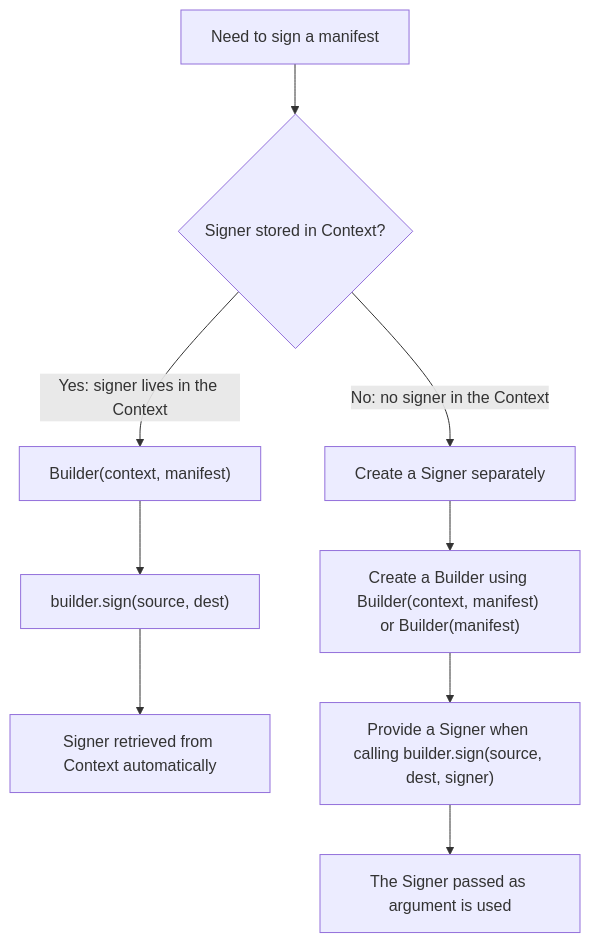
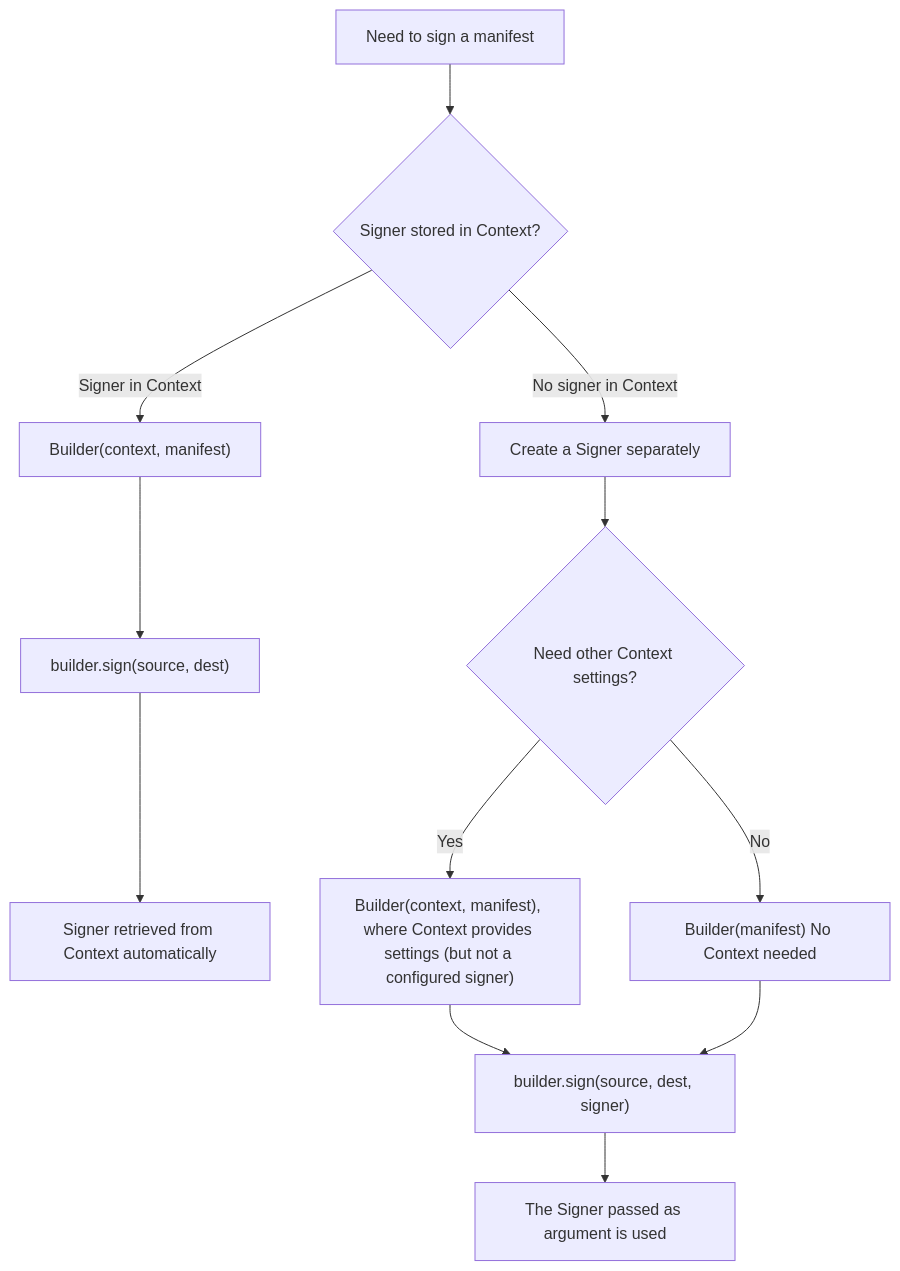
Before and after one commit to contentauth/c2pa-c: the third of 3 diagrams in docs/context.md, drawn with Mermaid. The commit also changed other lines of this file, not shown here.

````diff
--- a/docs/context.md
+++ b/docs/context.md
@@ -631,13 +631,16 @@
 ```mermaid
 flowchart TD
     A[Need to sign a manifest] --> B{Signer stored in Context?}
 
-    B -- "Yes: signer lives in the Context" --> C["Builder(context, manifest)"]
+    B -- "Signer in Context" --> C["Builder(context, manifest)"]
     C --> D["builder.sign(source, dest)"]
     D --> E[Signer retrieved from Context automatically]
 
-    B -- "No: no signer in the Context" --> F["Create a Signer separately"]
-    F --> G["Create a Builder using Builder(context, manifest) or Builder(manifest)"]
-    G --> H["Provide a Signer when calling builder.sign(source, dest, signer)"]
+    B -- "No signer in Context" --> F["Create a Signer separately"]
+    F --> G{Need other Context settings?}
+    G -- "Yes" --> G1["Builder(context, manifest), where Context provides settings (but not a configured signer)"]
+    G -- "No" --> G2["Builder(manifest) No Context needed"]
+    G1 --> H["builder.sign(source, dest, signer)"]
+    G2 --> H
     H --> I[The Signer passed as argument is used]
 ```
````
